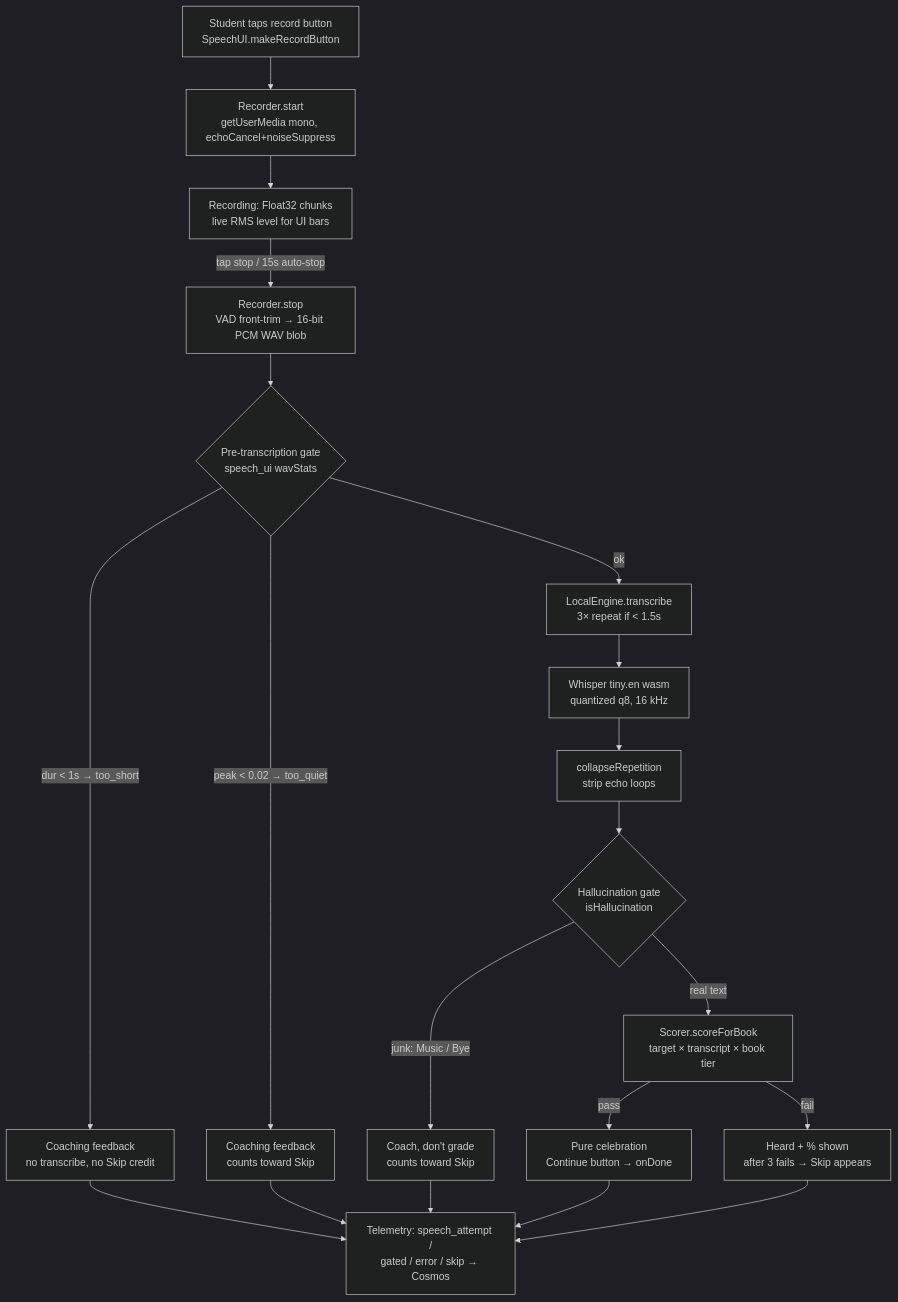
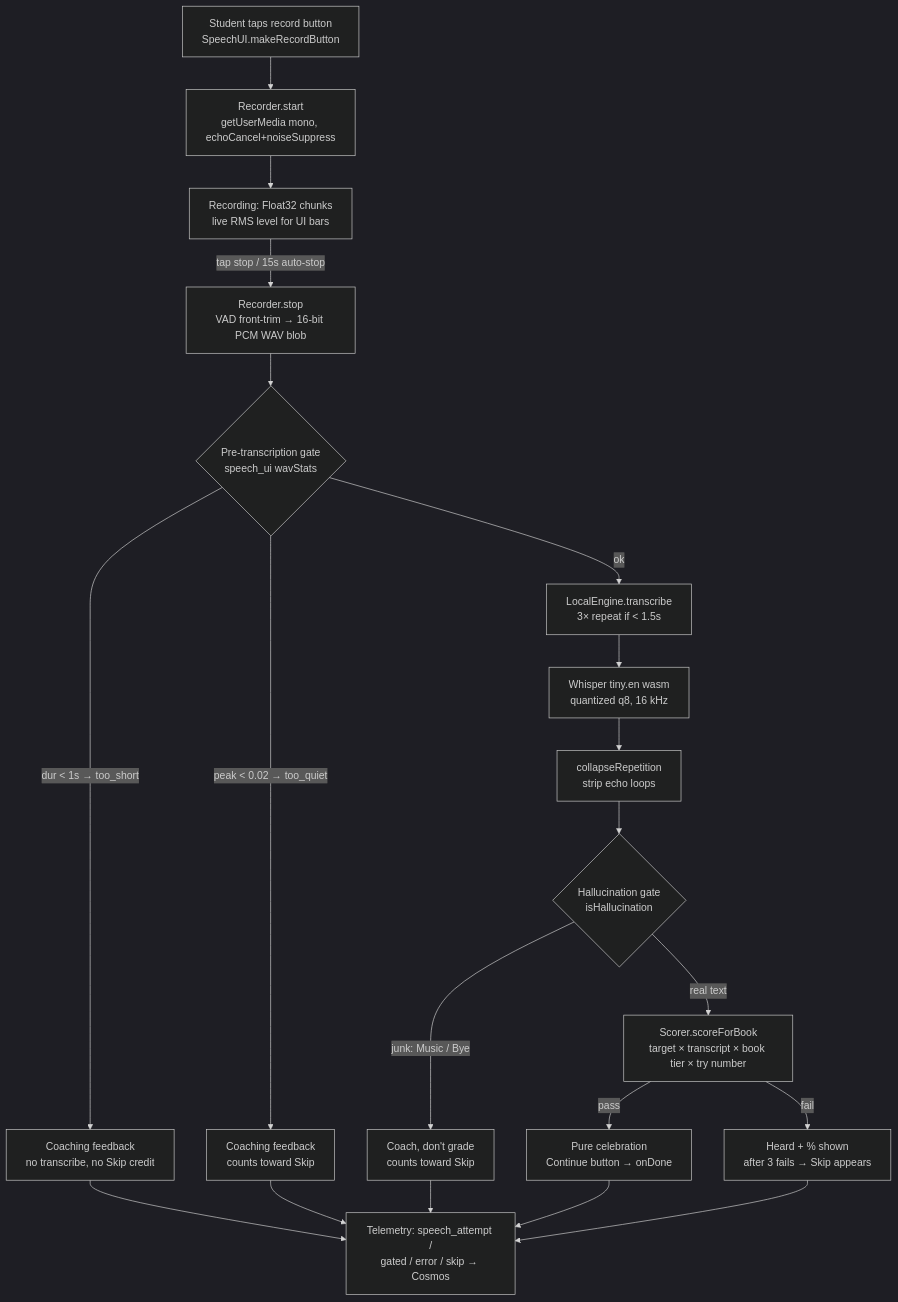
One commit to vpietri-stack/Classroom-survivors-preview changed the diagram in docs/wiki/08-speech.md. Above: the diagram before and after it, drawn with Mermaid (dark theme). The commit also changed other lines of this file and 4 other files, not shown here.

````diff
--- a/docs/wiki/08-speech.md
+++ b/docs/wiki/08-speech.md
@@ -26,18 +26,18 @@
 ```mermaid
 flowchart TD
     A[Student taps record button\nSpeechUI.makeRecordButton] --> B[Recorder.start\ngetUserMedia mono, echoCancel+noiseSuppress]
     B --> C[Recording: Float32 chunks\nlive RMS level for UI bars]
     C -->|tap stop / 15s auto-stop| D[Recorder.stop\nVAD front-trim → 16-bit PCM WAV blob]
     D --> E{Pre-transcription gate\nspeech_ui wavStats}
     E -->|dur < 1s → too_short| G1[Coaching feedback\nno transcribe, no Skip credit]
     E -->|peak < 0.02 → too_quiet| G2[Coaching feedback\ncounts toward Skip]
     E -->|ok| F[LocalEngine.transcribe\n3× repeat if < 1.5s]
     F --> G[Whisper tiny.en wasm\nquantized q8, 16 kHz]
     G --> H[collapseRepetition\nstrip echo loops]
     H --> I{Hallucination gate\nisHallucination}
     I -->|junk: Music / Bye| G3[Coach, don't grade\ncounts toward Skip]
-    I -->|real text| J[Scorer.scoreForBook\ntarget × transcript × book tier]
+    I -->|real text| J[Scorer.scoreForBook\ntarget × transcript × book tier × try number]
     J -->|pass| K[Pure celebration\nContinue button → onDone]
     J -->|fail| L[Heard + % shown\nafter 3 fails → Skip appears]
     K & L & G1 & G2 & G3 --> M[Telemetry: speech_attempt /\ngated / error / skip → Cosmos]
 ```
````
